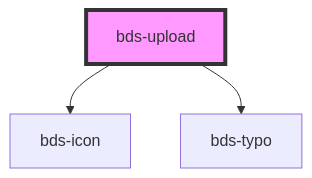
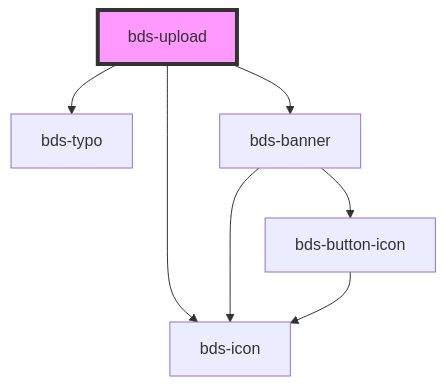
Before and after one commit to takenet/blip-ds: the diagram in src/components/upload/readme.md, drawn with Mermaid. The commit also changed other lines of this file and 7 other files, not shown here.

````diff
--- a/src/components/upload/readme.md
+++ b/src/components/upload/readme.md
@@ -31,6 +36,10 @@
 ```mermaid
 graph TD;
   bds-upload --> bds-icon
   bds-upload --> bds-typo
+  bds-upload --> bds-banner
+  bds-banner --> bds-icon
+  bds-banner --> bds-button-icon
+  bds-button-icon --> bds-icon
   style bds-upload fill:#f9f,stroke:#333,stroke-width:4px
 ```
````
